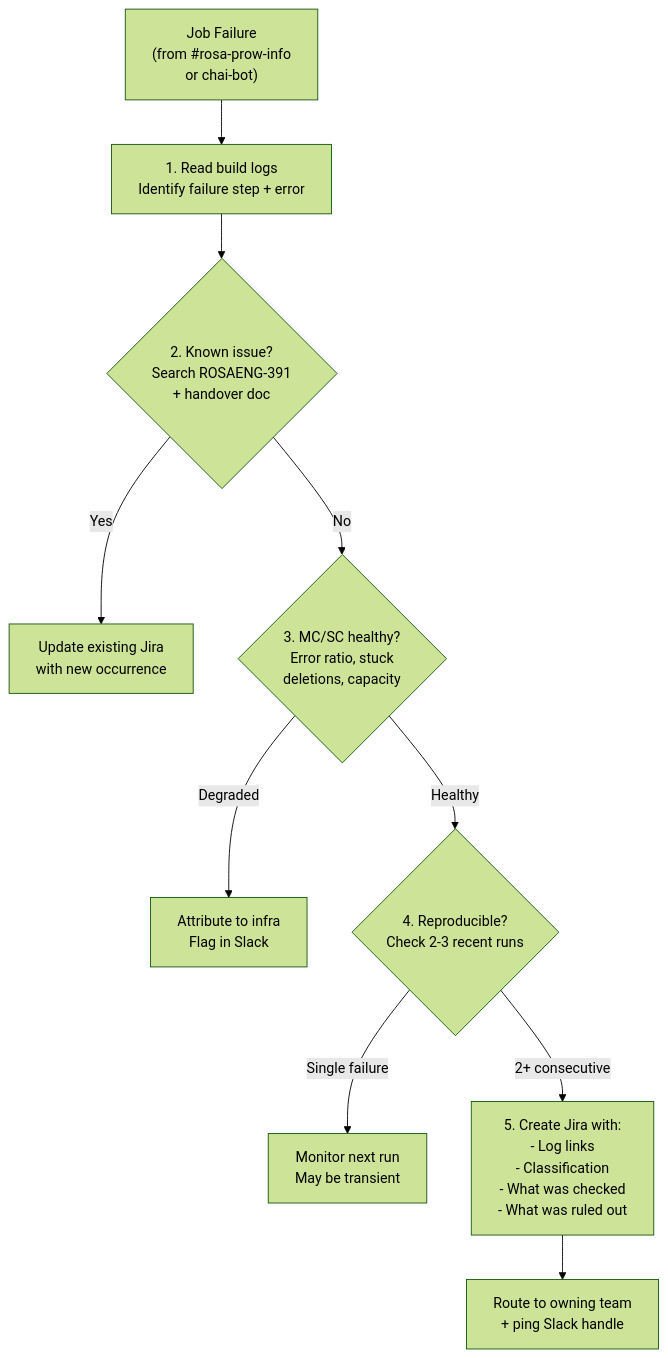
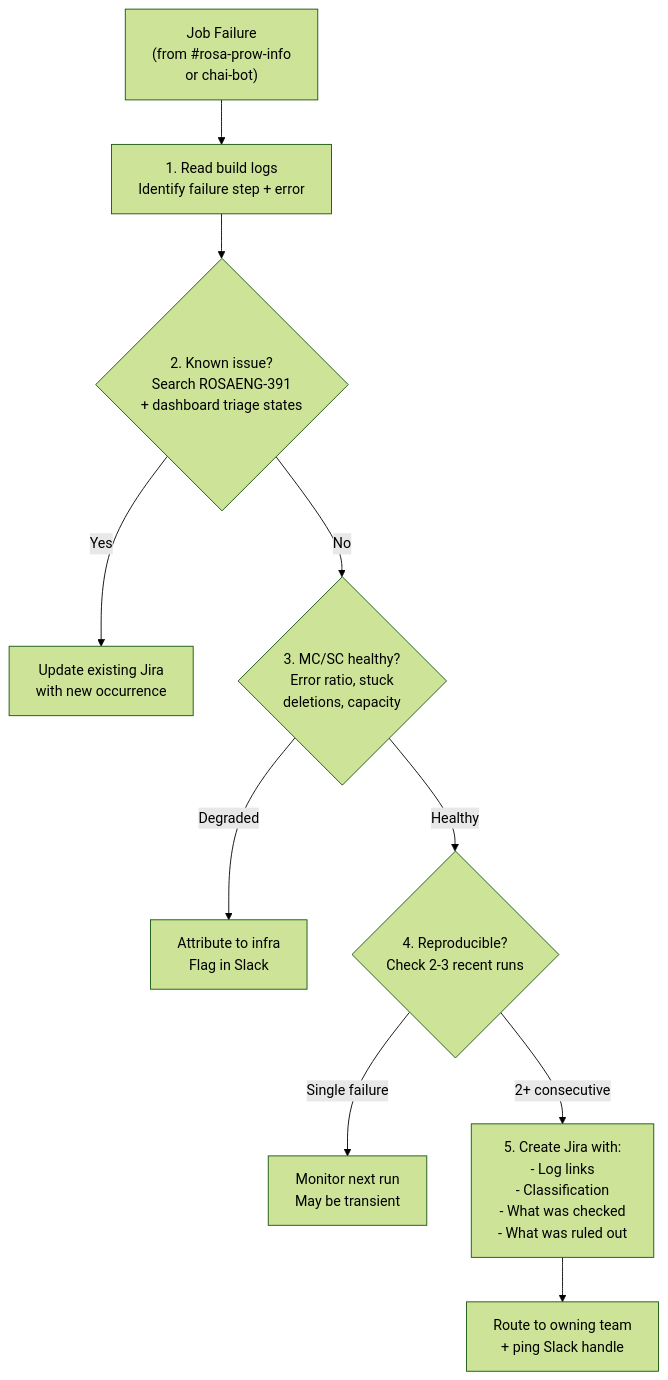
The second of 2 diagrams in docs/ci-watcher/role-and-responsibilities.md (openshift-online/rosa-e2e), drawn with Mermaid (forest theme) before and after one commit. The commit also changed other lines of this file and 3 other files, not shown here.

First line of the commit message:
ROSAENG-394: Add CI Health dashboard triage state and simplify shift transitions (#208)

````diff
--- a/docs/ci-watcher/role-and-responsibilities.md
+++ b/docs/ci-watcher/role-and-responsibilities.md
@@ -85,12 +86,12 @@
 ```mermaid
 flowchart TD
     FAIL["Job Failure\n(from #rosa-prow-info\nor chai-bot)"] --> LOGS["1. Read build logs\nIdentify failure step + error"]
-    LOGS --> KNOWN{"2. Known issue?\nSearch ROSAENG-391\n+ handover doc"}
+    LOGS --> KNOWN{"2. Known issue?\nSearch ROSAENG-391\n+ dashboard triage states"}
     KNOWN -->|Yes| UPDATE["Update existing Jira\nwith new occurrence"]
     KNOWN -->|No| MC{"3. MC/SC healthy?\nError ratio, stuck\ndeletions, capacity"}
     MC -->|Degraded| INFRA["Attribute to infra\nFlag in Slack"]
     MC -->|Healthy| REPRO{"4. Reproducible?\nCheck 2-3 recent runs"}
     REPRO -->|Single failure| MONITOR["Monitor next run\nMay be transient"]
     REPRO -->|2+ consecutive| JIRA["5. Create Jira with:\n- Log links\n- Classification\n- What was checked\n- What was ruled out"]
     JIRA --> ROUTE["Route to owning team\n+ ping Slack handle"]
 ```
````
